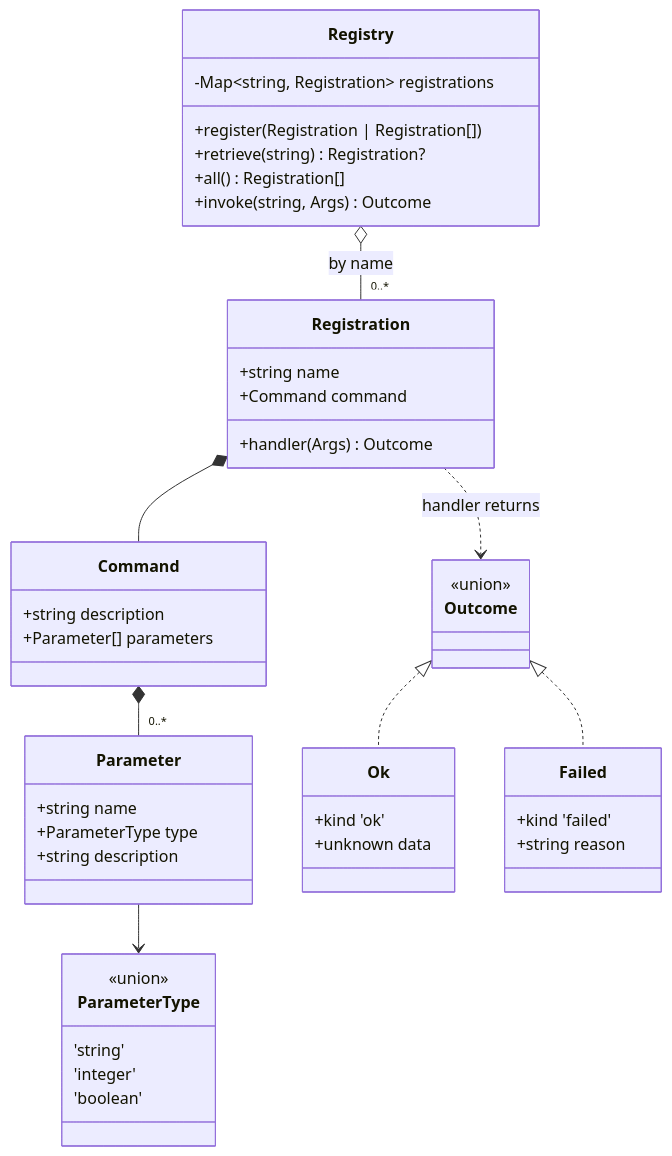
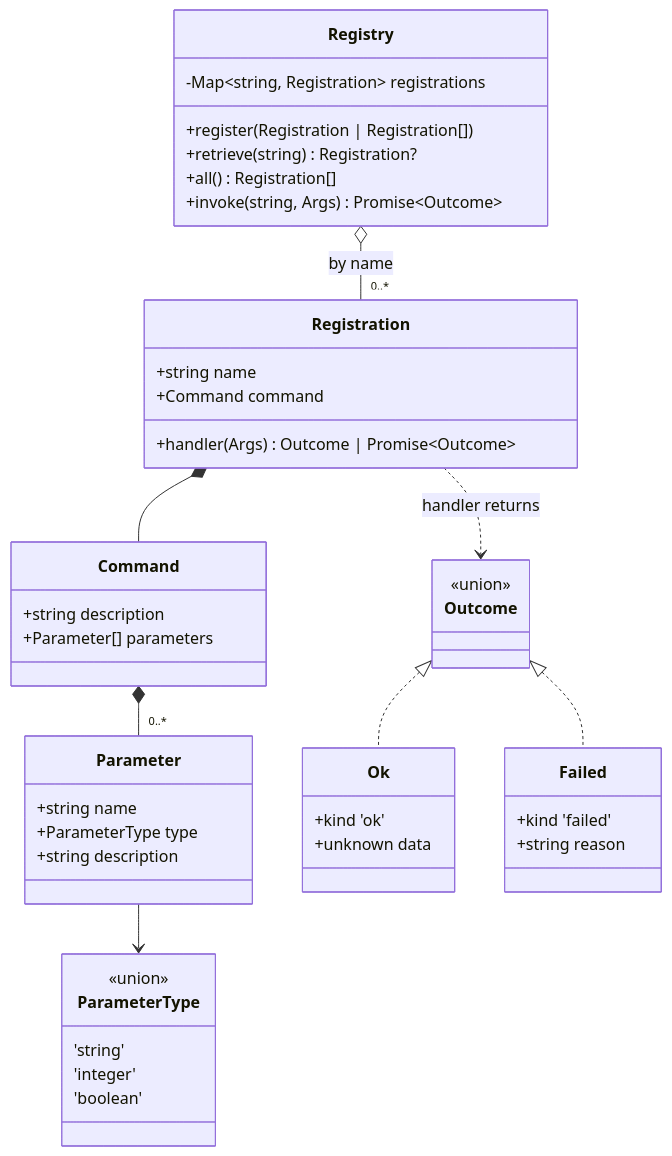
Before and after one commit to ufo-soft/caelus: the first of 2 diagrams in docs/architecture.md, drawn with Mermaid. The commit also changed other lines of this file and 3 other files, not shown here.

````diff
--- a/docs/architecture.md
+++ b/docs/architecture.md
@@ -12,54 +12,54 @@
 ```mermaid
 classDiagram
     class Registry {
         -Map~string, Registration~ registrations
         +register(Registration | Registration[])
         +retrieve(string) Registration?
         +all() Registration[]
-        +invoke(string, Args) Outcome
+        +invoke(string, Args) Promise~Outcome~
     }
 
     class Registration {
         +string name
         +Command command
-        +handler(Args) Outcome
+        +handler(Args) Outcome | Promise~Outcome~
     }
 
     class Command {
         +string description
         +Parameter[] parameters
     }
 
     class Parameter {
         +string name
         +ParameterType type
         +string description
     }
 
     class ParameterType {
         <<union>>
         'string'
         'integer'
         'boolean'
     }
 
     class Outcome {
         <<union>>
     }
     class Ok {
         +kind 'ok'
         +unknown data
     }
     class Failed {
         +kind 'failed'
         +string reason
     }
 
     Registry o-- "0..*" Registration : by name
     Registration *-- Command
     Command *-- "0..*" Parameter
     Parameter --> ParameterType
     Outcome <|.. Ok
     Outcome <|.. Failed
     Registration ..> Outcome : handler returns
 ```
````
